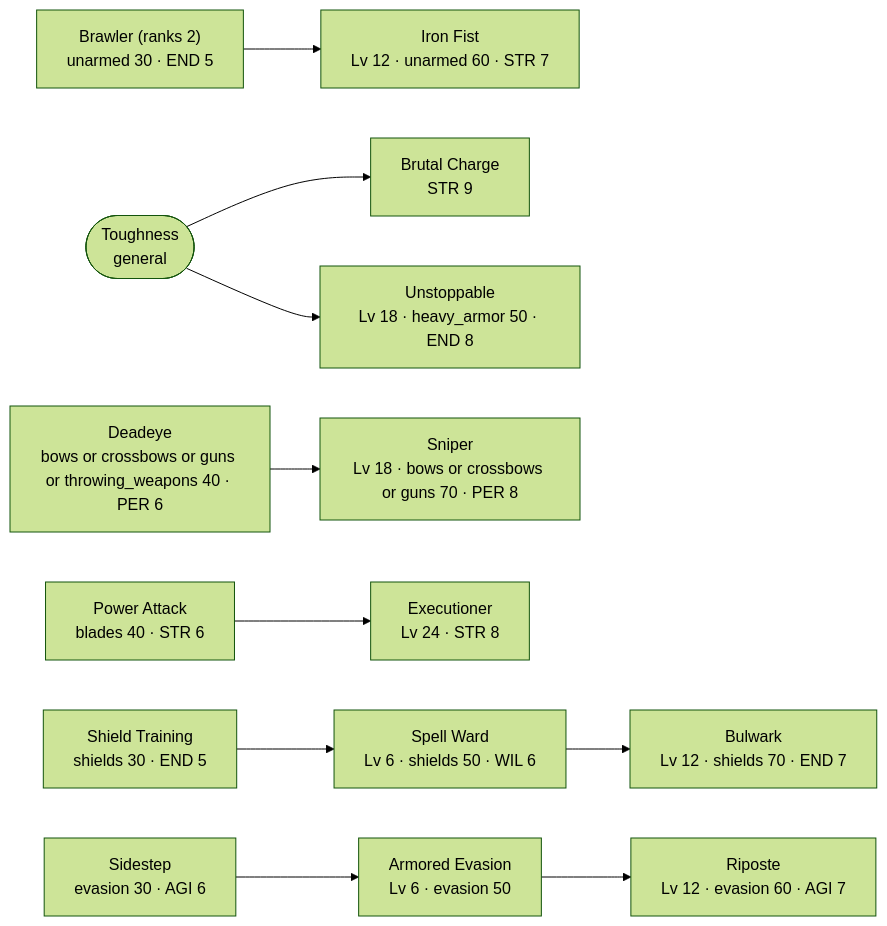
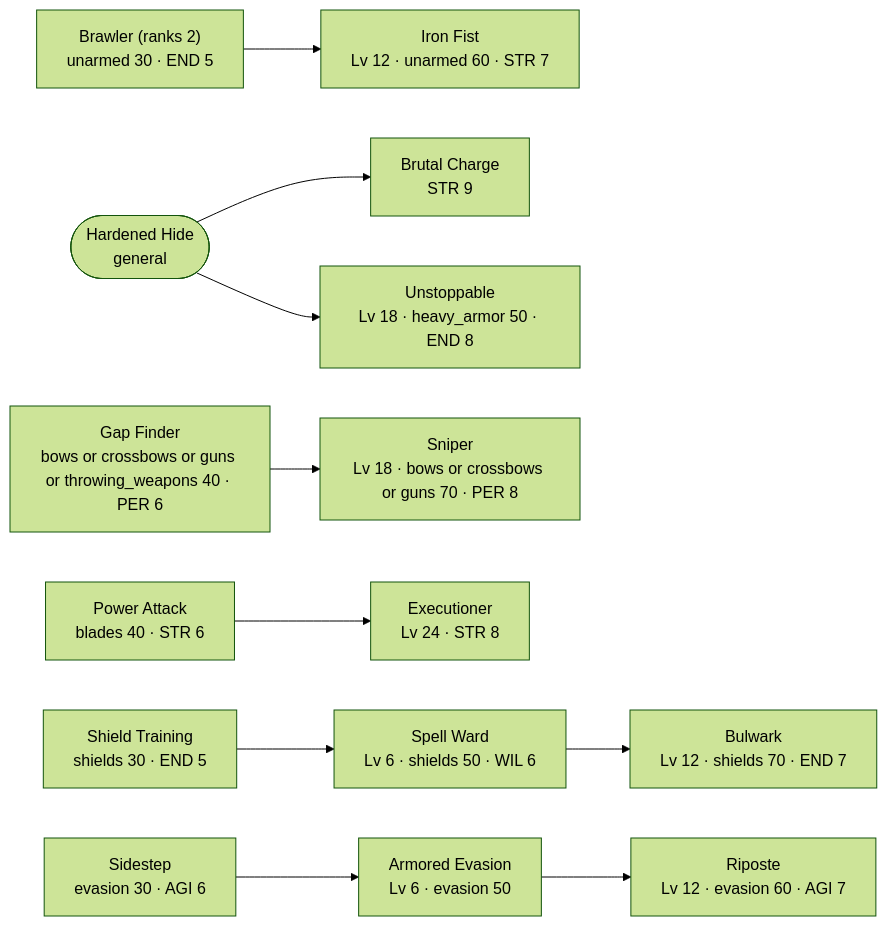
One commit to SETA1609/riftweave-core changed the first of 5 diagrams in docs/core/perk-ladders.md. Above: the diagram before and after it, drawn with Mermaid (forest theme). The commit also changed other lines of this file and 97 other files, not shown here.

````diff
--- a/docs/core/perk-ladders.md
+++ b/docs/core/perk-ladders.md
@@ -18,27 +18,27 @@
 ```mermaid
 graph LR
   power_attack["Power Attack<br/>blades 40 · STR 6"]
-  deadeye["Deadeye<br/>bows or crossbows or guns or throwing_weapons 40 · PER 6"]
+  gap_finder["Gap Finder<br/>bows or crossbows or guns or throwing_weapons 40 · PER 6"]
   brutal_charge["Brutal Charge<br/>STR 9"]
   brawler["Brawler (ranks 2)<br/>unarmed 30 · END 5"]
   iron_fist["Iron Fist<br/>Lv 12 · unarmed 60 · STR 7"]
   sniper["Sniper<br/>Lv 18 · bows or crossbows or guns 70 · PER 8"]
   unstoppable["Unstoppable<br/>Lv 18 · heavy_armor 50 · END 8"]
   executioner["Executioner<br/>Lv 24 · STR 8"]
   shield_training["Shield Training<br/>shields 30 · END 5"]
   spell_ward["Spell Ward<br/>Lv 6 · shields 50 · WIL 6"]
   bulwark["Bulwark<br/>Lv 12 · shields 70 · END 7"]
   sidestep["Sidestep<br/>evasion 30 · AGI 6"]
   armored_evasion["Armored Evasion<br/>Lv 6 · evasion 50"]
   riposte["Riposte<br/>Lv 12 · evasion 60 · AGI 7"]
-  toughness(["Toughness<br/>general"])
-  toughness --> brutal_charge
+  hardened_hide(["Hardened Hide<br/>general"])
+  hardened_hide --> brutal_charge
   brawler --> iron_fist
-  deadeye --> sniper
-  toughness --> unstoppable
+  gap_finder --> sniper
+  hardened_hide --> unstoppable
   power_attack --> executioner
   shield_training --> spell_ward
   spell_ward --> bulwark
   sidestep --> armored_evasion
   armored_evasion --> riposte
 ```
````
